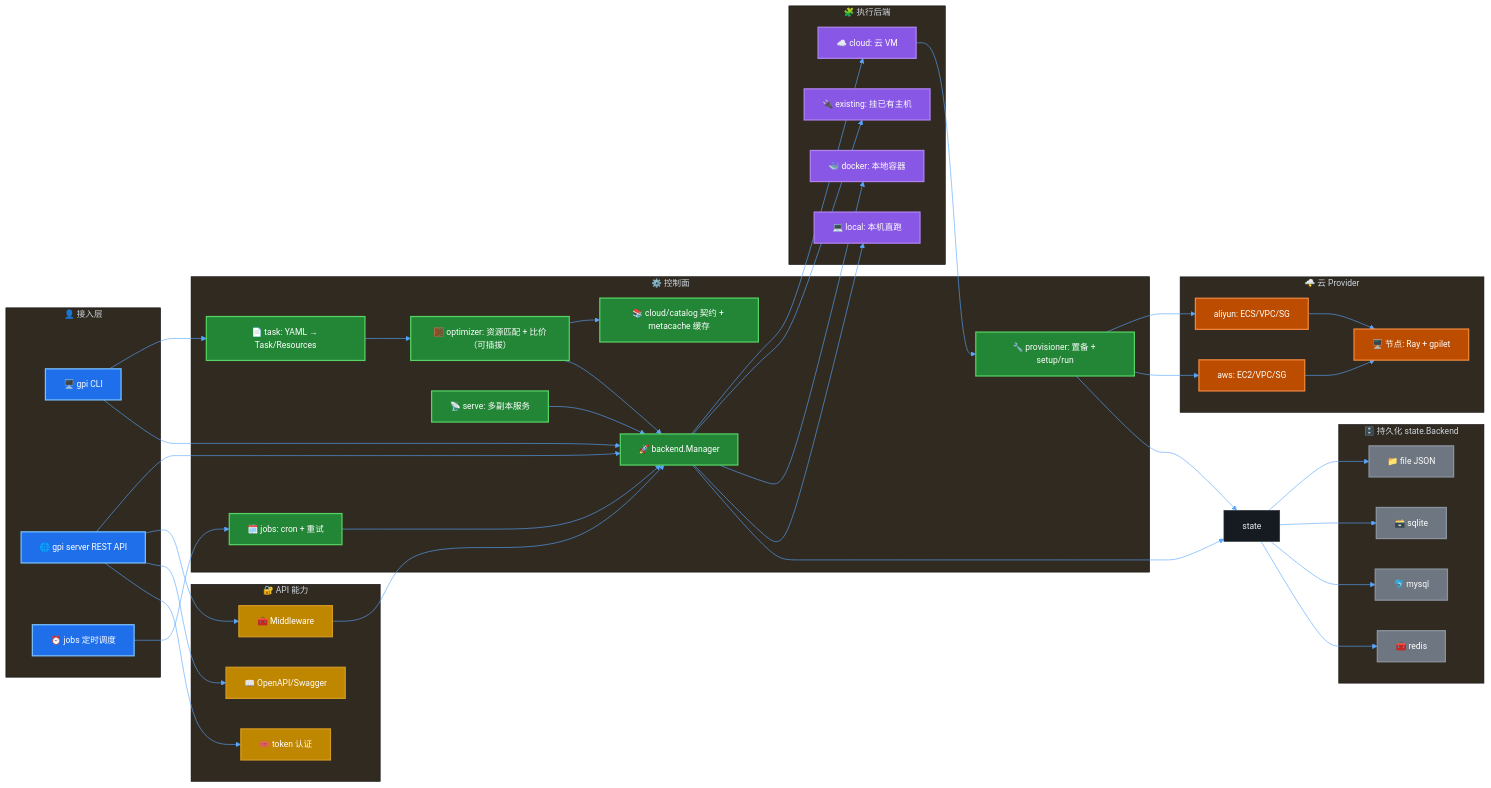
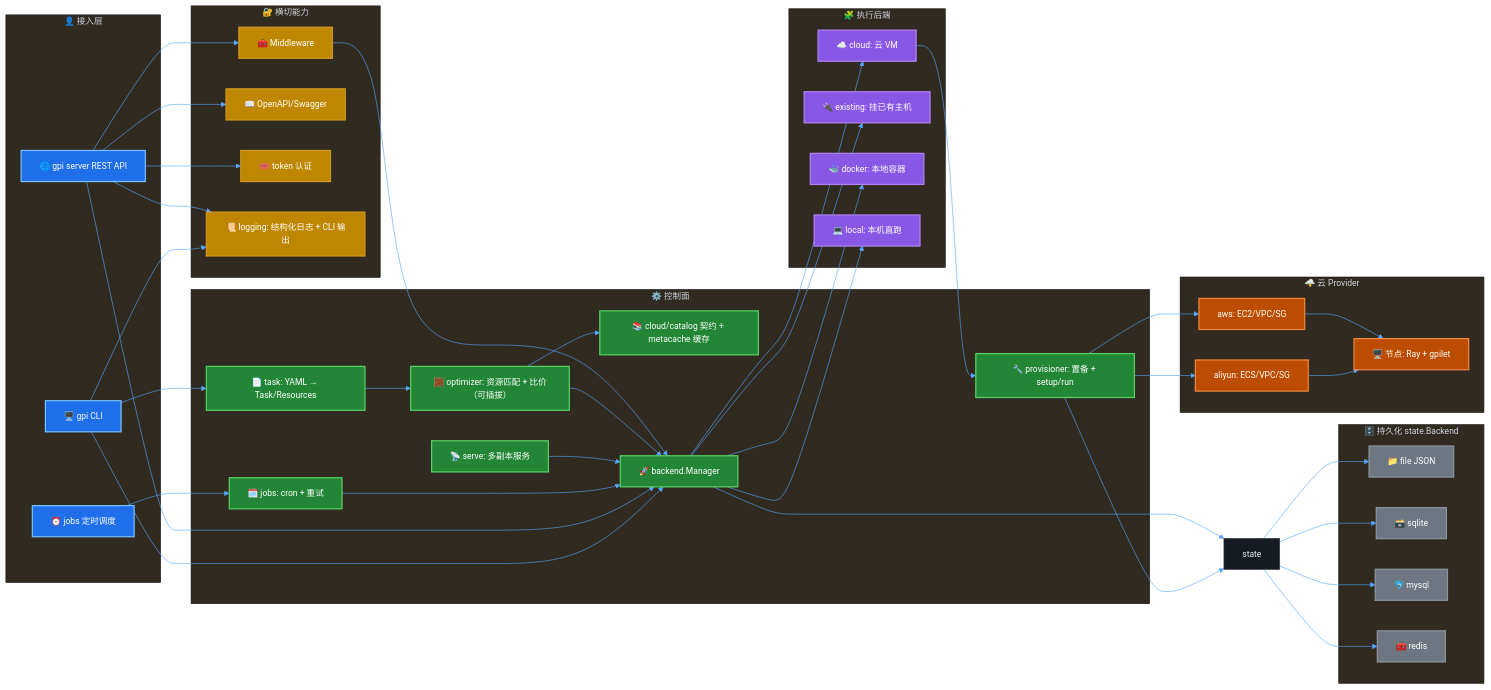
One commit to acmestack/gpi changed the first of 2 diagrams in docs/zh/gpi-architecture.md. Above: the diagram before and after it, drawn with Mermaid. The commit also changed other lines of this file and 4 other files, not shown here.

First line of the commit message:
docs: fix root README relative links and add logging to architecture diagrams

````diff
--- a/docs/zh/gpi-architecture.md
+++ b/docs/zh/gpi-architecture.md
@@ -68,10 +68,11 @@
         redis["🧰 redis"]
     end
 
-    subgraph SERVER["🔐 API 能力"]
+    subgraph SERVER["🔐 横切能力"]
         mw["🧰 Middleware"]
         openapi["📖 OpenAPI/Swagger"]
         token["🎟️ token 认证"]
+        logging["📜 logging: 结构化日志 + CLI 输出"]
     end
 
     cli --> task
@@ -102,7 +103,8 @@
     api --> openapi
     api --> token
     mw --> backendM
-
+    cli --> logging
+    api --> logging
     classDef ui fill:#1f6feb,stroke:#79c0ff,color:#fff,stroke-width:2px;
     classDef core fill:#238636,stroke:#56d364,color:#fff,stroke-width:2px;
     classDef exec fill:#8957e5,stroke:#b083f0,color:#fff,stroke-width:2px;
@@ -114,5 +116,5 @@
     class cloudB,existingB,dockerB,localB exec;
     class aliyun,aws,node cloud;
     class file,sqlite,mysql,redis state;
-    class mw,openapi,token srv;
+    class mw,openapi,token,logging srv;
 ```
````
